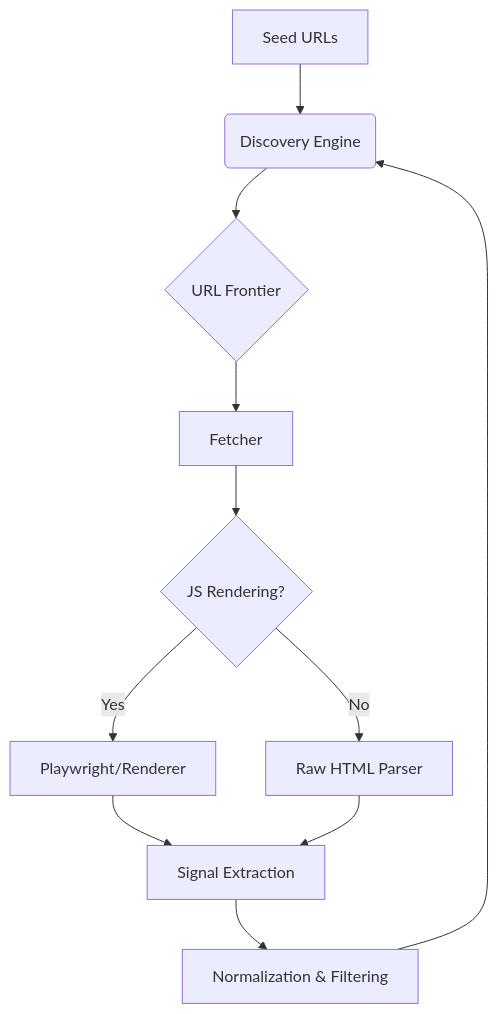
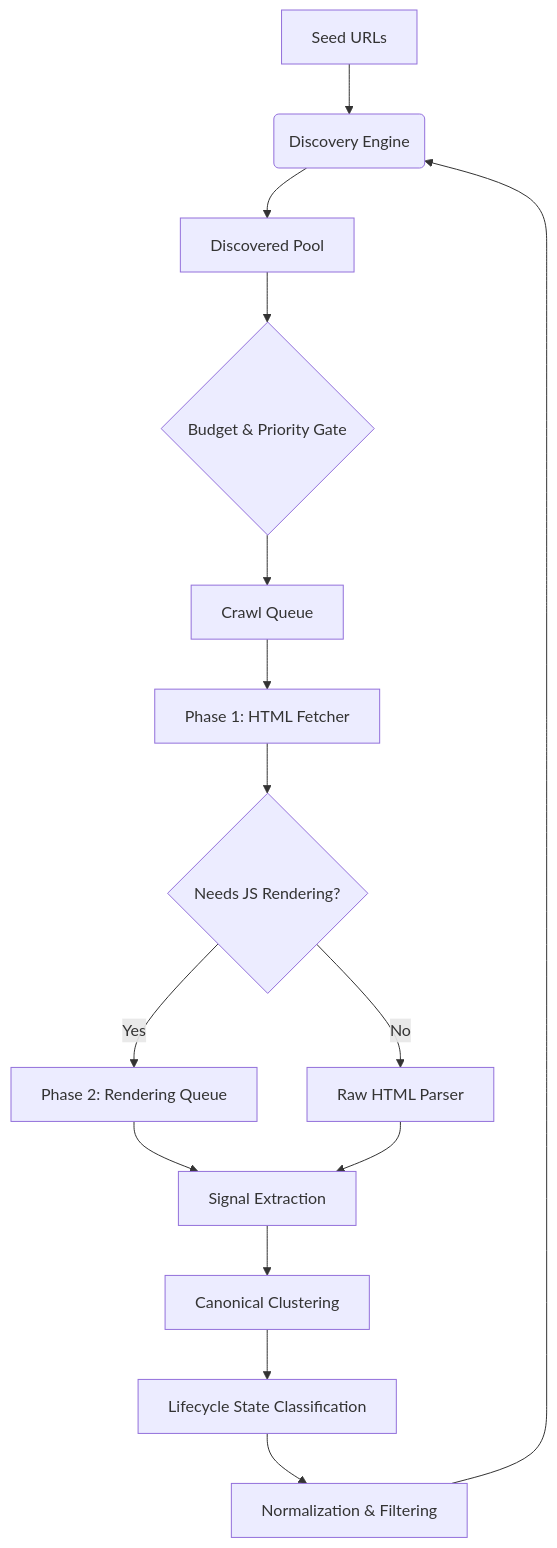
Before and after one commit to Thunderk3g/seo: the first of 2 diagrams in docs/Web Crawler Engine.md, drawn with Mermaid. The commit also changed other lines of this file and 14 other files, not shown here.

Commit message:
Implement GSC-aligned URL lifecycle states, canonical resolution, and AI agents

````diff
--- a/docs/Web Crawler Engine.md
+++ b/docs/Web Crawler Engine.md
@@ -21,13 +40,17 @@
 ```mermaid
 graph TD
     A[Seed URLs] --> B(Discovery Engine)
-    B --> C{URL Frontier}
-    C --> D[Fetcher]
-    D --> E{JS Rendering?}
-    E -- Yes --> F[Playwright/Renderer]
-    E -- No --> G[Raw HTML Parser]
-    F --> H[Signal Extraction]
-    G --> H
-    H --> I[Normalization & Filtering]
-    I --> B
+    B --> C[Discovered Pool]
+    C --> D{Budget & Priority Gate}
+    D --> E[Crawl Queue]
+    E --> F[Phase 1: HTML Fetcher]
+    F --> G{Needs JS Rendering?}
+    G -- Yes --> H[Phase 2: Rendering Queue]
+    G -- No --> I[Raw HTML Parser]
+    H --> J[Signal Extraction]
+    I --> J
+    J --> K[Canonical Clustering]
+    K --> L[Lifecycle State Classification]
+    L --> M[Normalization & Filtering]
+    M --> B
 ```
````
